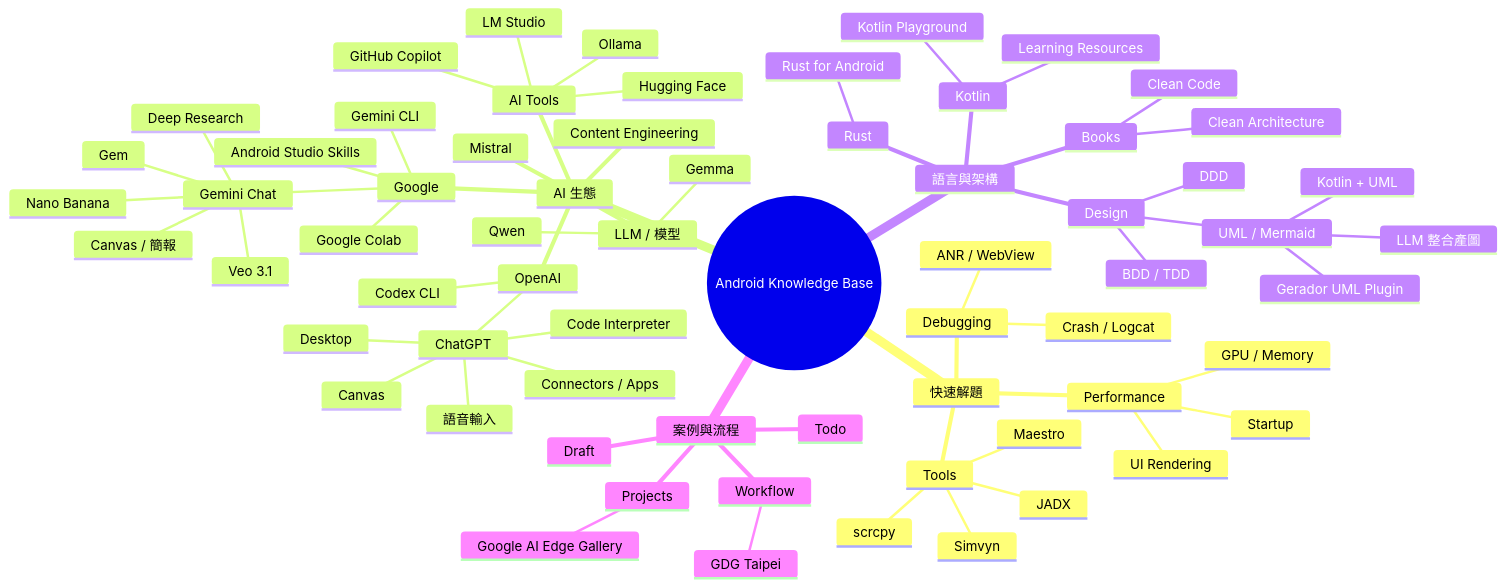
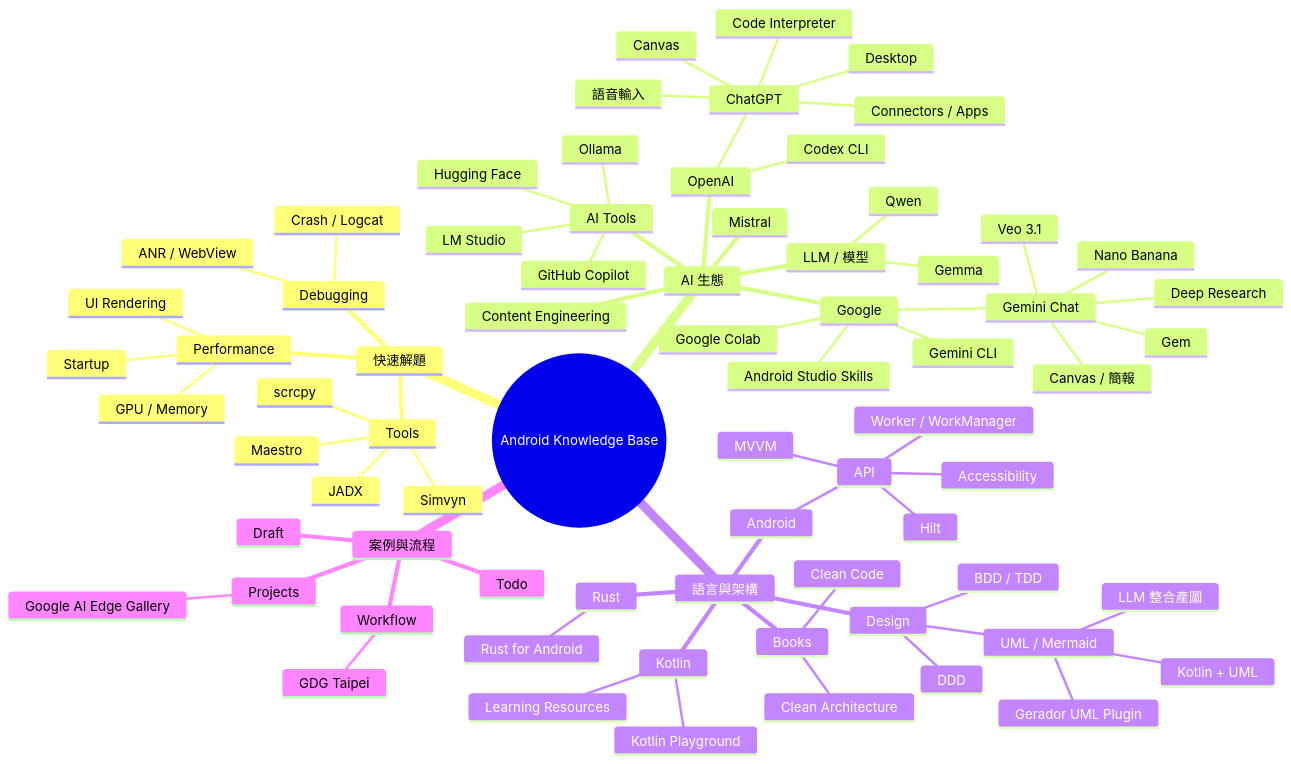
One commit to icools/android changed the first of 4 diagrams in index.md. Above: the diagram before and after it, drawn with Mermaid. The commit also changed other lines of this file and 14 other files, not shown here.

Commit message:
Add Android architecture notes and DroidRunScript overview

```diff
--- a/index.md
+++ b/index.md
@@ -25,69 +25,75 @@
 <pre class="mermaid">
 mindmap
   root((Android Knowledge Base))
     快速解題
       Tools
         scrcpy
         Maestro
         JADX
         Simvyn
       Debugging
         Crash / Logcat
         ANR / WebView
       Performance
         Startup
         UI Rendering
         GPU / Memory
     AI 生態
       OpenAI
         Codex CLI
         ChatGPT
           Code Interpreter
           Canvas
           Connectors / Apps
           Desktop
           語音輸入
       Google
         Gemini CLI
         Gemini Chat
           Canvas / 簡報
           Deep Research
           Veo 3.1
           Nano Banana
           Gem
         Android Studio Skills
         Google Colab
       Mistral
       LLM / 模型
         Gemma
         Qwen
       AI Tools
         GitHub Copilot
         Hugging Face
         LM Studio
         Ollama
       Content Engineering
     語言與架構
+      Android
+        API
+          Accessibility
+          Hilt
+          Worker / WorkManager
+          MVVM
       Kotlin
         Learning Resources
         Kotlin Playground
       Rust
         Rust for Android
       Design
         BDD / TDD
         DDD
         UML / Mermaid
           Kotlin + UML
           LLM 整合產圖
           Gerador UML Plugin
       Books
         Clean Code
         Clean Architecture
     案例與流程
       Projects
         Google AI Edge Gallery
       Workflow
         GDG Taipei
       Draft
       Todo
 </pre>
```
